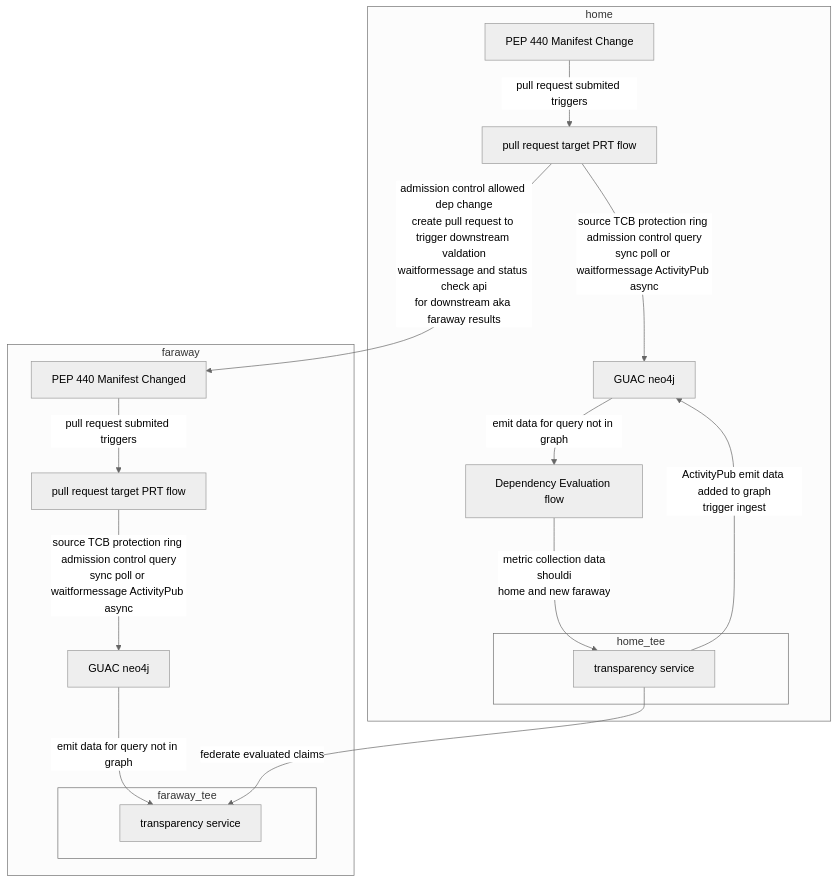
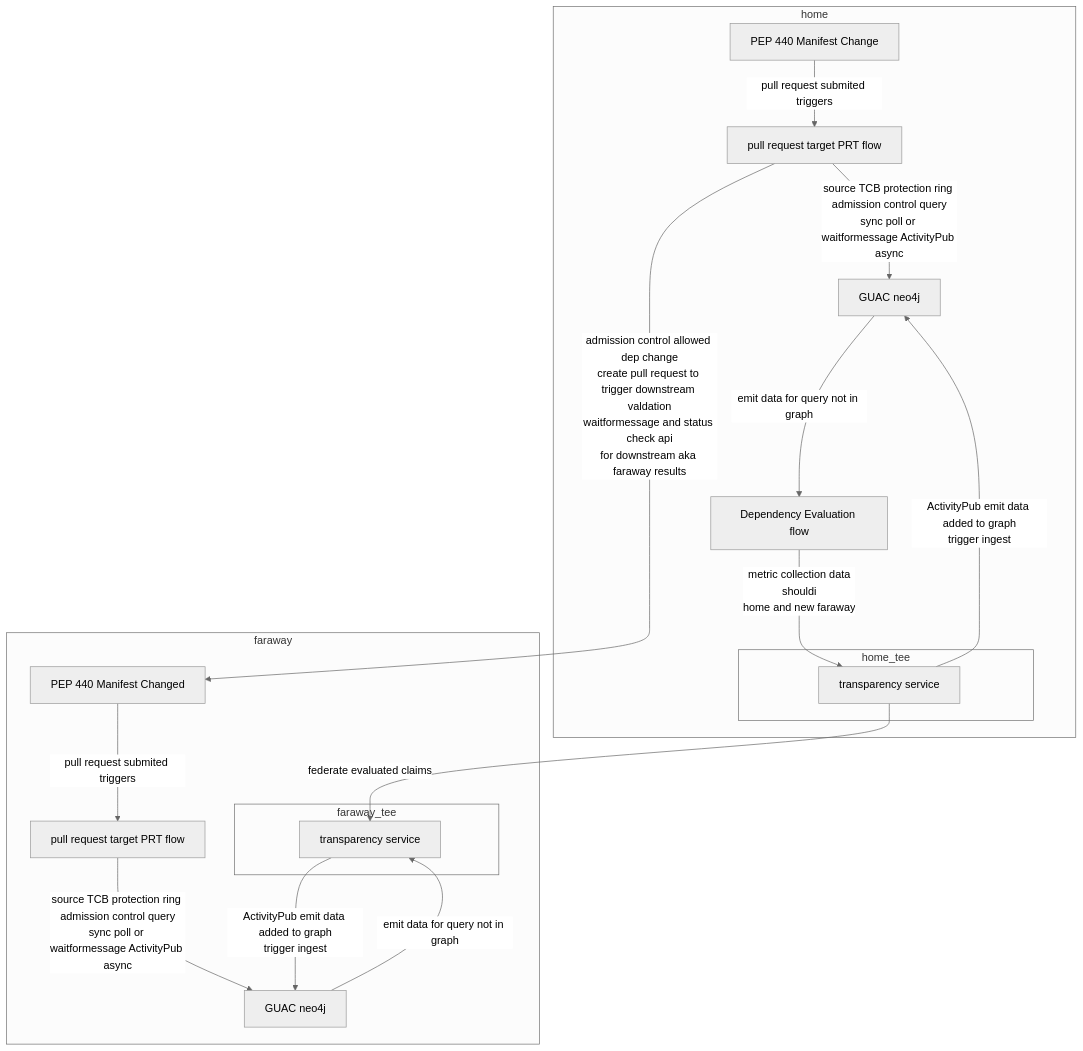
Before and after one commit to ietf-scitt/use-cases: the first of 5 diagrams in openssf_metrics.md, drawn with Mermaid (neutral theme).

````diff
--- a/openssf_metrics.md
+++ b/openssf_metrics.md
@@ -112,36 +112,37 @@
 ```mermaid
 graph TD
 subgraph home
 h_prt[pull request target PRT flow]
 subgraph home_tee
 h_ts[transparency service]
 end
 h_guac[GUAC neo4j]
 h_manifest[PEP 440 Manifest Change]
 h_eval[Dependency Evaluation flow]
 
 h_manifest -->|pull request submited triggers| h_prt
 h_prt -->|source TCB protection ring admission control query<br>sync poll or waitformessage ActivityPub async| h_guac
 h_guac -->|emit data for query not in graph| h_eval
 h_eval -->|metric collection data<br>shouldi<br>home and new faraway| h_ts
 h_ts -->|ActivityPub emit data added to graph<br>trigger ingest| h_guac
 
 end
 
 subgraph faraway
 f_prt[pull request target PRT flow]
 subgraph faraway_tee
 f_ts[transparency service]
 end
 f_guac[GUAC neo4j]
 f_manifest[PEP 440 Manifest Changed]
 
 f_manifest -->|pull request submited triggers| f_prt
 f_prt -->|source TCB protection ring admission control query<br>sync poll or waitformessage ActivityPub async| f_guac
+f_ts -->|ActivityPub emit data added to graph<br>trigger ingest| f_guac
 
 end
 
 h_prt -->|admission control allowed dep change<br>create pull request to trigger downstream valdation<br>waitformessage and status check api<br>for downstream aka faraway results| f_manifest
 f_guac -->|emit data for query not in graph| f_ts
 h_ts -->|federate evaluated claims| f_ts
 ```
````
